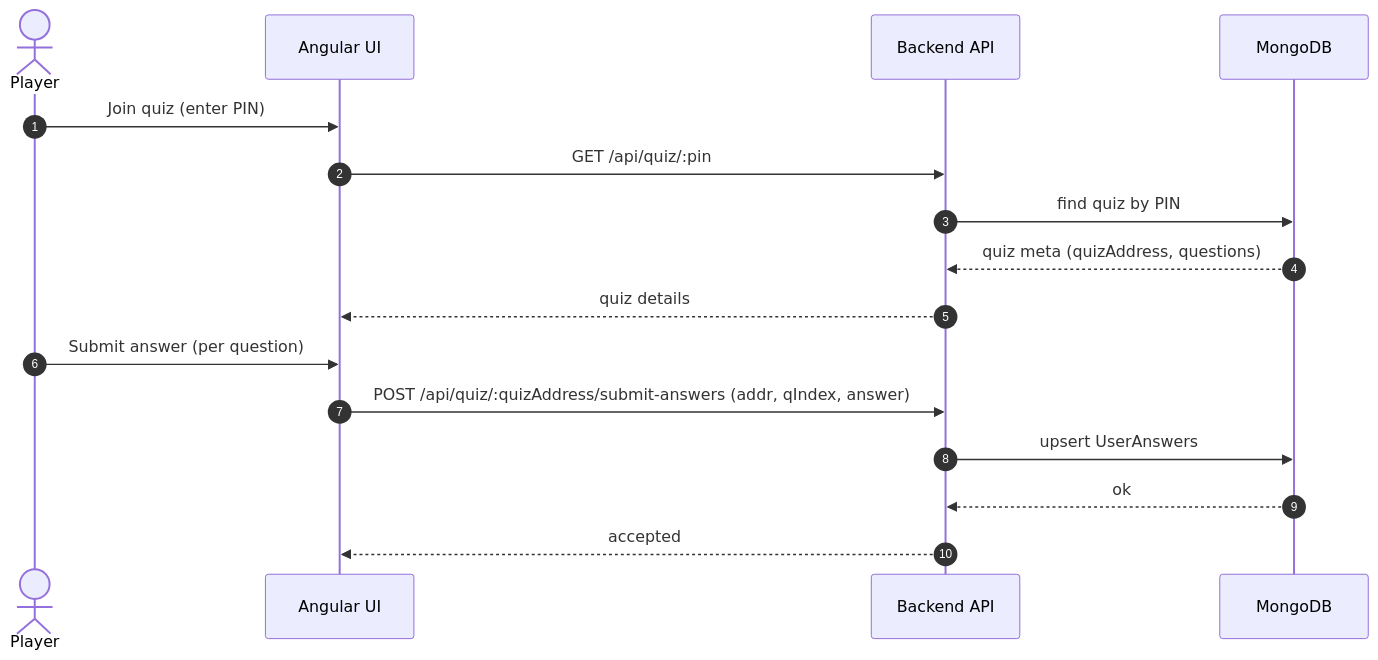
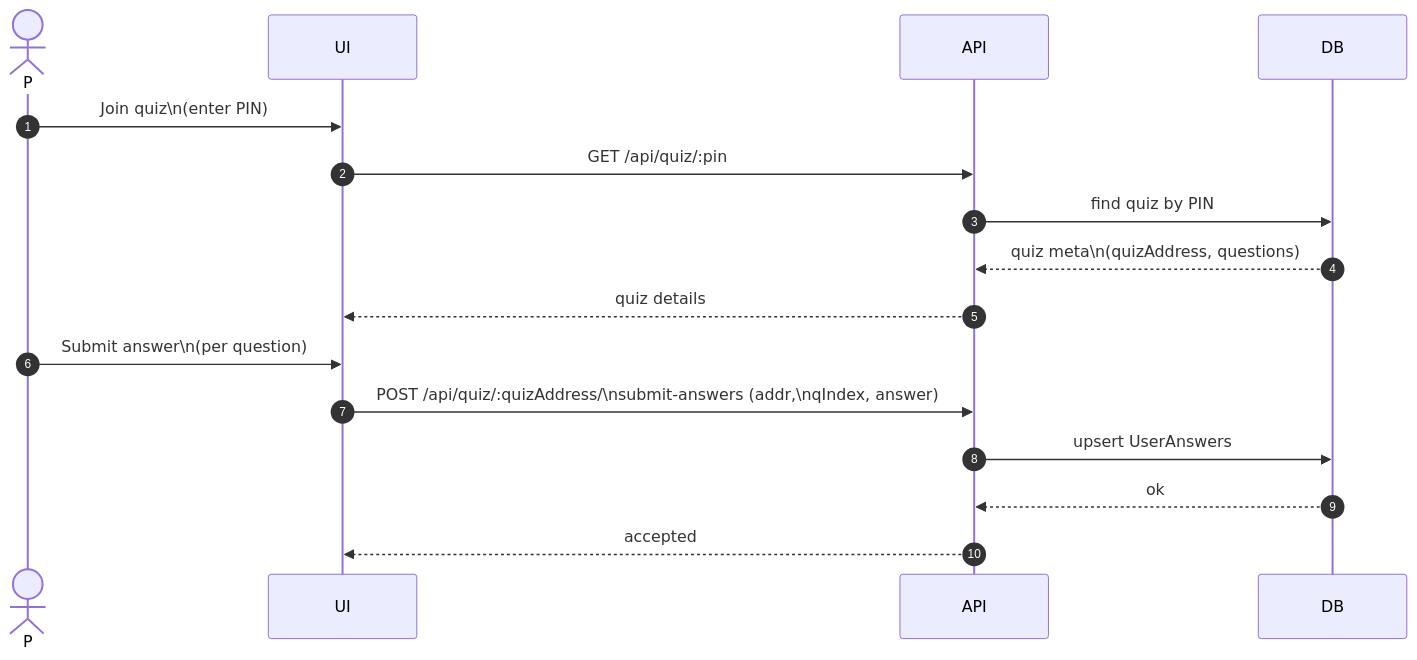
One commit to ian12-21/QuizApp-Frontend changed the seventh of 8 diagrams in frontend-readme.md. Above: the diagram before and after it, drawn with Mermaid. The commit also changed other lines of this file, not shown here.

````diff
--- a/frontend-readme.md
+++ b/frontend-readme.md
@@ -163,19 +163,19 @@
 ```mermaid
 sequenceDiagram
     autonumber
-    actor P as Player
-    participant UI as Angular UI
-    participant API as Backend API
-    participant DB as MongoDB
+    actor P as P
+    participant UI as UI
+    participant API as API
+    participant DB as DB
 
-    P->>UI: Join quiz (enter PIN)
+    P->>UI: Join quiz\n(enter PIN)
     UI->>API: GET /api/quiz/:pin
     API->>DB: find quiz by PIN
-    DB-->>API: quiz meta (quizAddress, questions)
+    DB-->>API: quiz meta\n(quizAddress, questions)
     API-->>UI: quiz details
-    P->>UI: Submit answer (per question)
-    UI->>API: POST /api/quiz/:quizAddress/submit-answers (addr, qIndex, answer)
+    P->>UI: Submit answer\n(per question)
+    UI->>API: POST /api/quiz/:quizAddress/\nsubmit-answers (addr,\nqIndex, answer)
     API->>DB: upsert UserAnswers
     DB-->>API: ok
     API-->>UI: accepted
 ```
````
